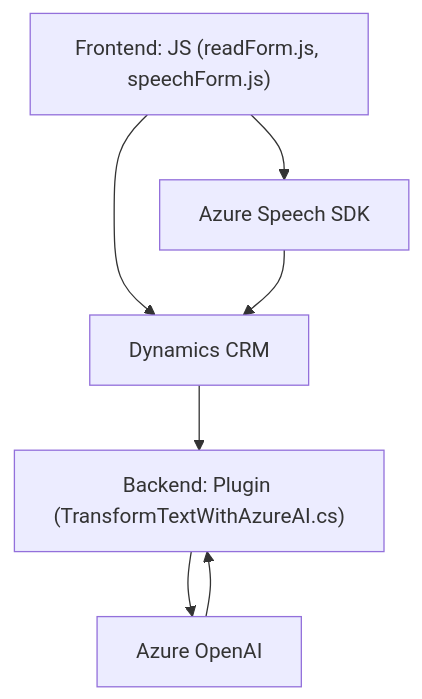
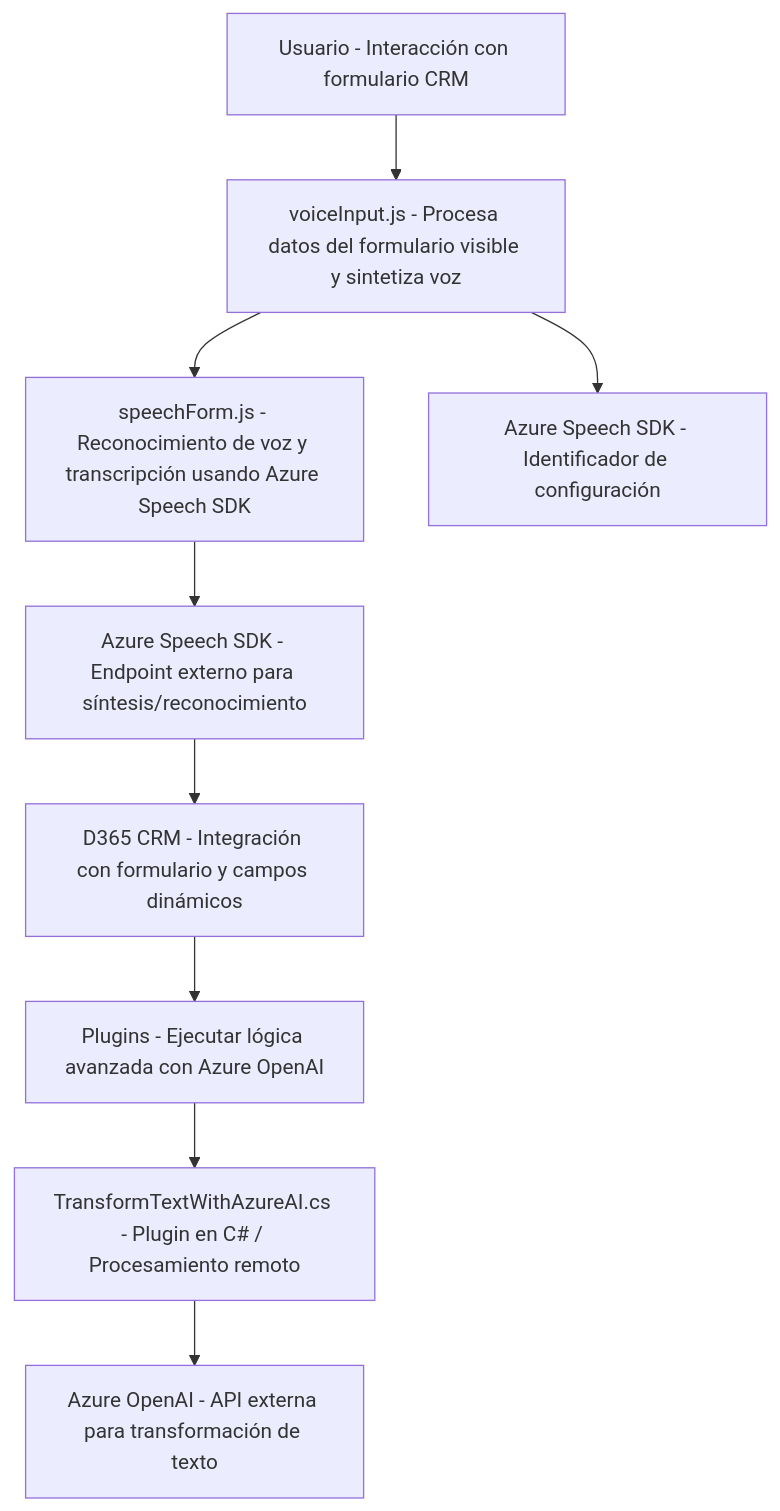
The diagram in README.md (blopezdm/NETCORE_BILBAO2025), drawn with Mermaid before and after one commit. The commit also changed other lines of this file, not shown here.

Commit message:
Actualizar análisis global de la solución con IA

````diff
--- a/README.md
+++ b/README.md
@@ -38,15 +53,11 @@
 ```mermaid
 graph TD
-    A["Frontend: JS (readForm.js, speechForm.js)"]
-    B["Azure Speech SDK"]
-    C["Backend: Plugin (TransformTextWithAzureAI.cs)"]
-    D["Azure OpenAI"]
-    E["Dynamics CRM"]
-
-    A --> B
-    A --> E
-    B --> E
-    E --> C
-    C --> D
-    D --> C
+    A["Usuario - Interacción con formulario CRM"] --> B["voiceInput.js - Procesa datos del formulario visible y sintetiza voz"]
+    B --> C["speechForm.js - Reconocimiento de voz y transcripción usando Azure Speech SDK"]
+    C --> D["Azure Speech SDK - Endpoint externo para síntesis/reconocimiento"]
+    B --> F["Azure Speech SDK - Identificador de configuración"]
+    D --> E["D365 CRM - Integración con formulario y campos dinámicos"]
+    E --> G["Plugins - Ejecutar lógica avanzada con Azure OpenAI"]
+    G --> H["TransformTextWithAzureAI.cs - Plugin en C# / Procesamiento remoto"]
+    H --> I["Azure OpenAI - API externa para transformación de texto"]
 ```
````
